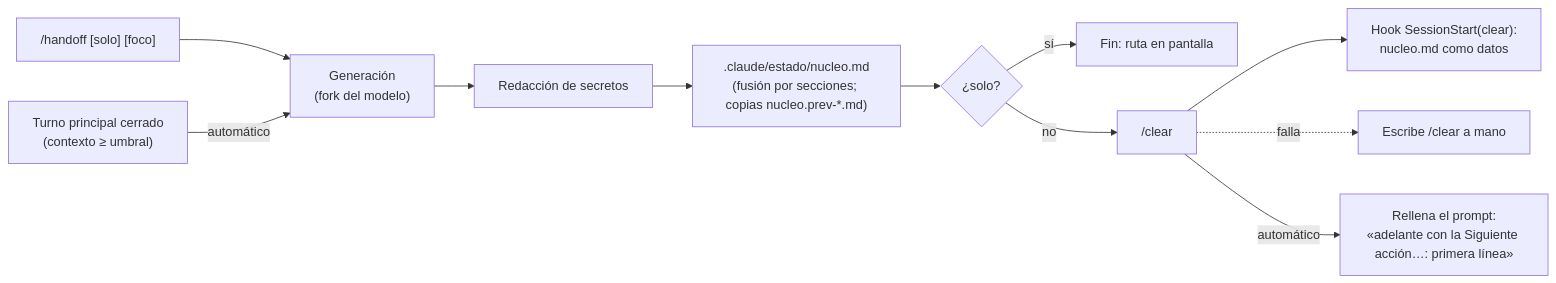
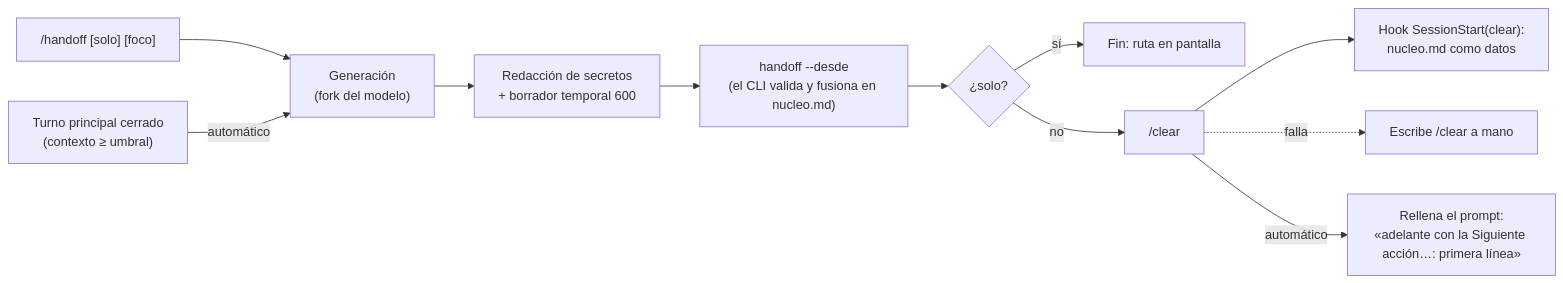
The diagram in kit/docs/11-cockpit.md (manuelcozar55/setup-claude-code), drawn with Mermaid before and after one commit. The commit also changed other lines of this file, not shown here.

Commit message:
docs(cockpit): handoff delegado en el CLI, raiz de la decision 6 y fila de estado del dock

````diff
--- a/kit/docs/11-cockpit.md
+++ b/kit/docs/11-cockpit.md
@@ -43,13 +62,13 @@
 ```mermaid
 flowchart LR
   A["/handoff [solo] [foco]"] --> B["Generación<br/>(fork del modelo)"]
-  B --> C["Redacción de secretos"]
-  C --> D[".claude/estado/nucleo.md<br/>(fusión por secciones; copias nucleo.prev-*.md)"]
+  B --> C["Redacción de secretos<br/>+ borrador temporal 600"]
+  C --> D["handoff --desde<br/>(el CLI valida y fusiona en nucleo.md)"]
   D --> E{"¿solo?"}
   E -->|"sí"| F["Fin: ruta en pantalla"]
   E -->|"no"| G["/clear"]
   G --> H["Hook SessionStart(clear):<br/>nucleo.md como datos"]
   G -.->|"falla"| I["Escribe /clear a mano"]
   T["Turno principal cerrado<br/>(contexto ≥ umbral)"] -->|"automático"| B
   G -->|"automático"| P["Rellena el prompt:<br/>«adelante con la Siguiente acción…: primera línea»"]
 ```
````
